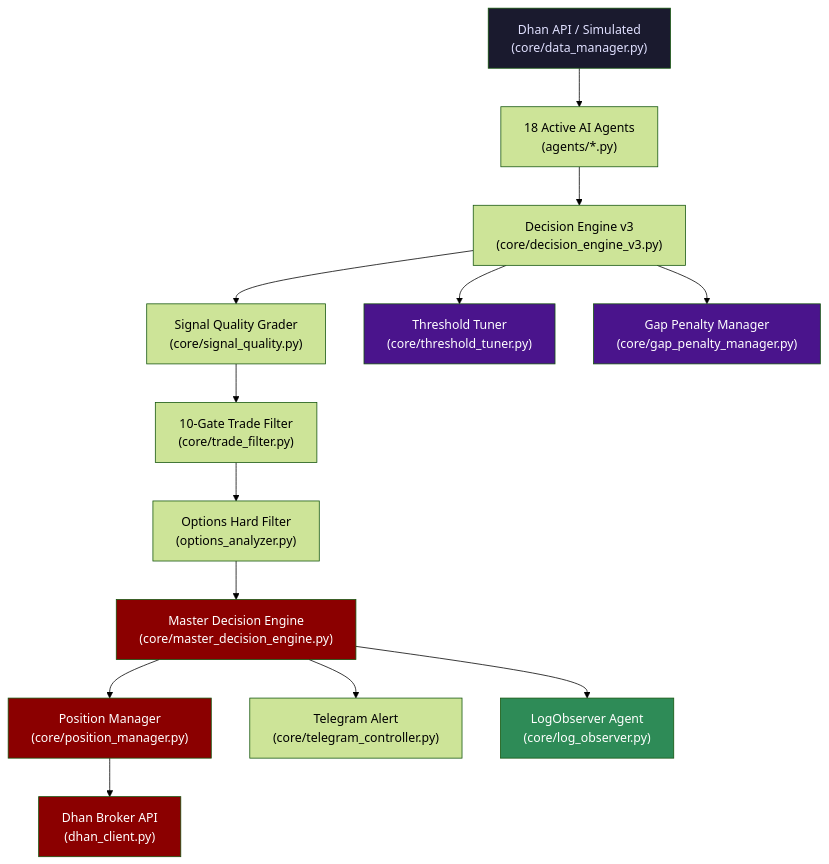
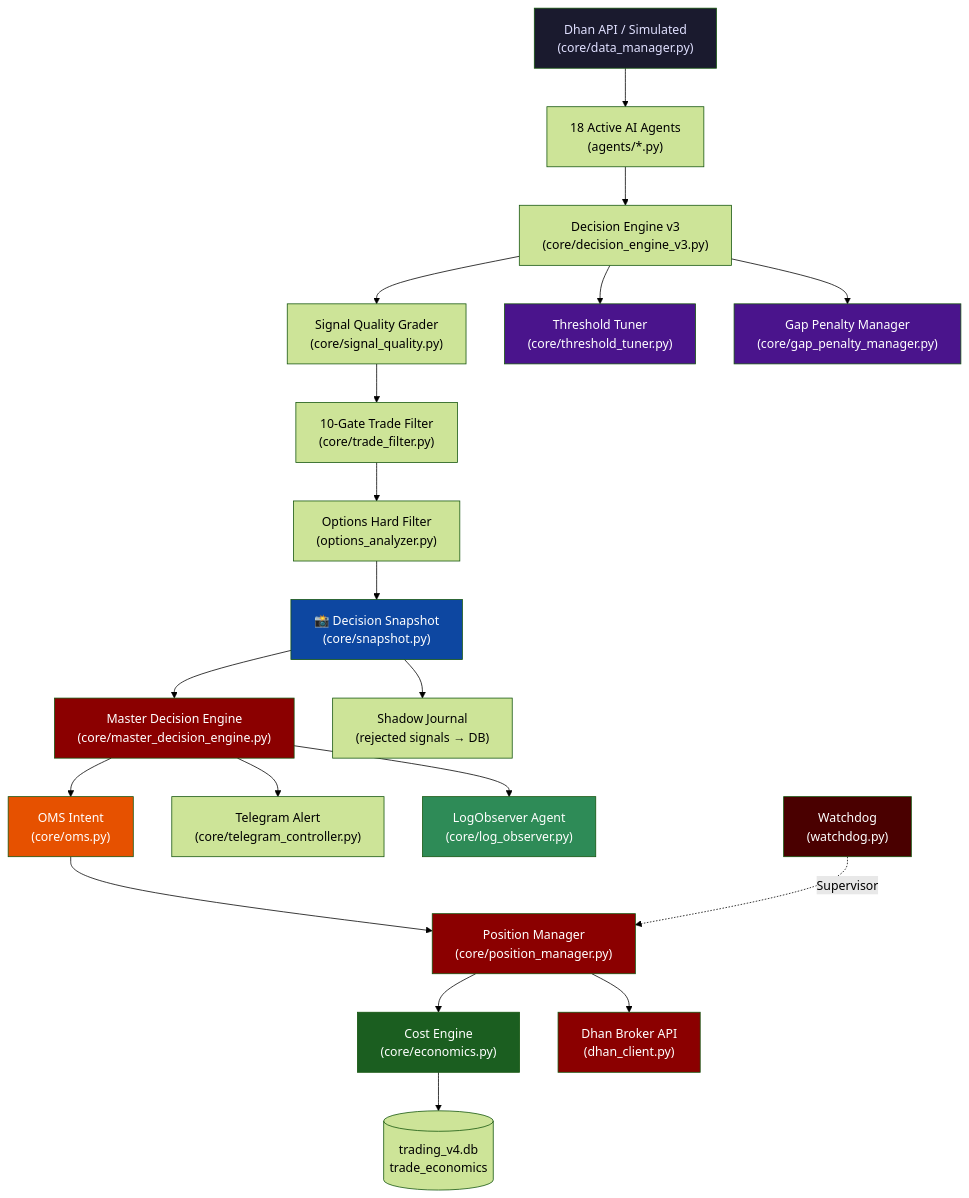
Before and after one commit to mskumar7854/nifty_ai_bot: the first of 2 diagrams in Architecture_map.md, drawn with Mermaid (forest theme). The commit also changed other lines of this file and 9 other files, not shown here.

Commit message:
feat: implement deterministic snapshot engine and persistent order management system for regression testing and replayability

````diff
--- a/Architecture_map.md
+++ b/Architecture_map.md
@@ -85,23 +90,33 @@
 ```mermaid
 flowchart TD
     A["Dhan API / Simulated\n(core/data_manager.py)"] --> B["18 Active AI Agents\n(agents/*.py)"]
     B --> C["Decision Engine v3\n(core/decision_engine_v3.py)"]
     C --> D["Signal Quality Grader\n(core/signal_quality.py)"]
     D --> E["10-Gate Trade Filter\n(core/trade_filter.py)"]
     E --> F["Options Hard Filter\n(options_analyzer.py)"]
-    F --> G["Master Decision Engine\n(core/master_decision_engine.py)"]
-    G --> H["Position Manager\n(core/position_manager.py)"]
+    F --> SNAP["📸 Decision Snapshot\n(core/snapshot.py)"]
+    SNAP --> G["Master Decision Engine\n(core/master_decision_engine.py)"]
+    SNAP --> REJECT["Shadow Journal\n(rejected signals → DB)"]
+    G --> OMS["OMS Intent\n(core/oms.py)"]
+    OMS --> H["Position Manager\n(core/position_manager.py)"]
+    H --> COST["Cost Engine\n(core/economics.py)"]
+    COST --> DB[("trading_v4.db\ntrade_economics")]
     H --> I["Dhan Broker API\n(dhan_client.py)"]
     G --> J["Telegram Alert\n(core/telegram_controller.py)"]
     G --> K["LogObserver Agent\n(core/log_observer.py)"]
     C --> L["Threshold Tuner\n(core/threshold_tuner.py)"]
     C --> M["Gap Penalty Manager\n(core/gap_penalty_manager.py)"]
+    WD["Watchdog\n(watchdog.py)"] -.->|Supervisor| H
 
     style A fill:#1a1a2e,color:#e0e0ff
     style G fill:#8b0000,color:#fff
     style H fill:#8b0000,color:#fff
     style I fill:#8b0000,color:#fff
     style K fill:#2e8b57,color:#fff
     style L fill:#4a148c,color:#fff
     style M fill:#4a148c,color:#fff
+    style SNAP fill:#0d47a1,color:#fff
+    style OMS fill:#e65100,color:#fff
+    style COST fill:#1b5e20,color:#fff
+    style WD fill:#4a0000,color:#fff
 ```
````
